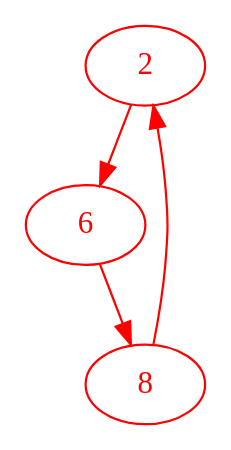
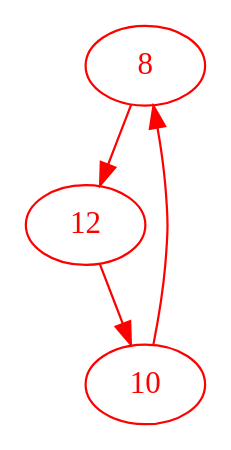
Before and after one commit to AdrienVaret/Benzenoids: the diagram in molecules/benzanthracene/lewis/benzanthracene_2/cycle_1.dot, drawn with Graphviz. The commit also changed 30 other files, not shown here.

```diff
--- a/molecules/benzanthracene/lewis/benzanthracene_2/cycle_1.dot
+++ b/molecules/benzanthracene/lewis/benzanthracene_2/cycle_1.dot
@@ -1,6 +1,6 @@
 digraph g{
-node [color = red, fontcolor=red]; 2 6 8 ;
-2 -> 6 [color=red] ;
-6 -> 8 [color=red] ;
-8 -> 2 [color=red] ;
+node [color = red, fontcolor=red]; 8 10 12 ;
+8 -> 12 [color=red] ;
+10 -> 8 [color=red] ;
+12 -> 10 [color=red] ;
 }
```
